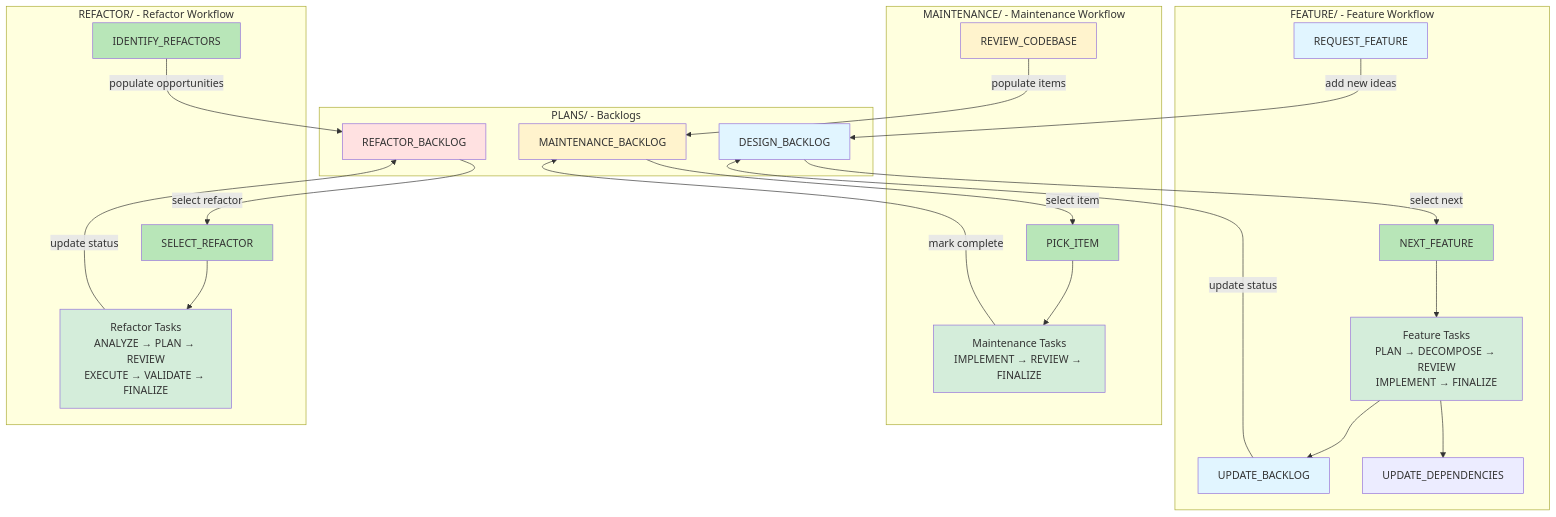
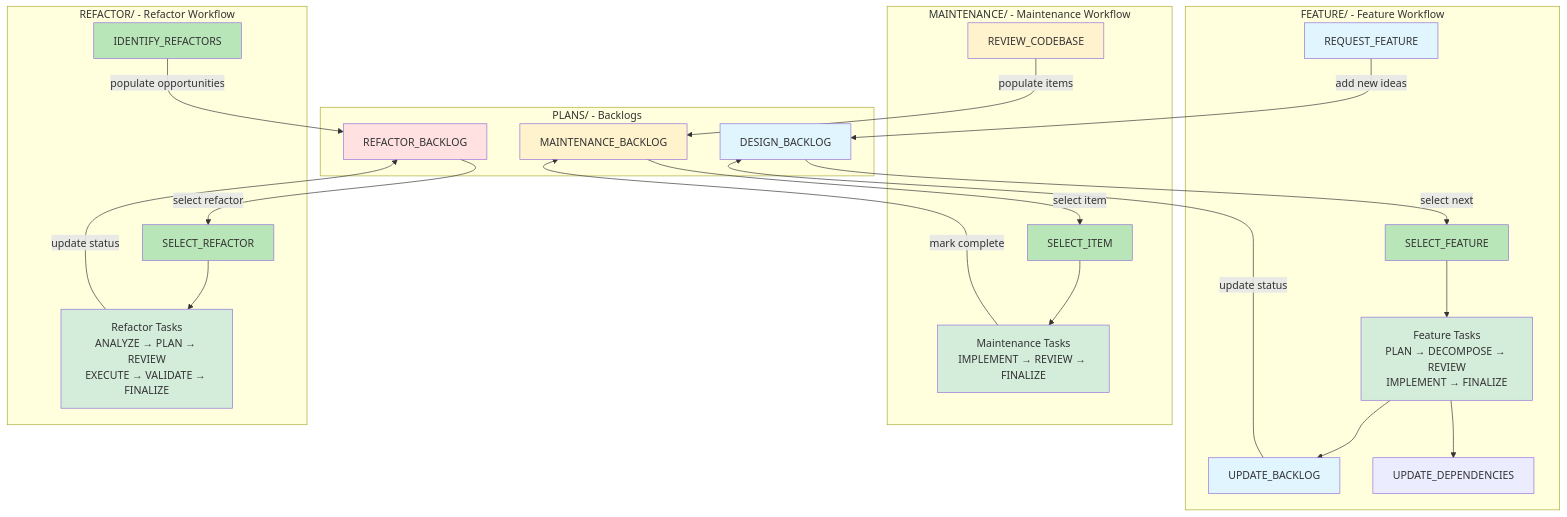
Before and after one commit to EvanLavender13/FrogLords: the diagram in TASKS/WORKFLOW.md, drawn with Mermaid. The commit also changed other lines of this file and 10 other files, not shown here.

````diff
--- a/TASKS/WORKFLOW.md
+++ b/TASKS/WORKFLOW.md
@@ -7,62 +7,62 @@
 ```mermaid
 graph TB
     subgraph Backlogs["PLANS/ - Backlogs"]
         DB[DESIGN_BACKLOG]
         MB[MAINTENANCE_BACKLOG]
         RB[REFACTOR_BACKLOG]
     end
 
     subgraph FeatureTasks["FEATURE/ - Feature Workflow"]
         RF[REQUEST_FEATURE]
-        NF[NEXT_FEATURE]
+        NF[SELECT_FEATURE]
         FW[Feature Tasks<br/>PLAN → DECOMPOSE → REVIEW<br/>IMPLEMENT → FINALIZE]
         UB[UPDATE_BACKLOG]
         UD[UPDATE_DEPENDENCIES]
     end
 
     subgraph MaintenanceTasks["MAINTENANCE/ - Maintenance Workflow"]
         RC[REVIEW_CODEBASE]
-        PI[PICK_ITEM]
+        PI[SELECT_ITEM]
         MW[Maintenance Tasks<br/>IMPLEMENT → REVIEW → FINALIZE]
     end
 
     subgraph RefactorTasks["REFACTOR/ - Refactor Workflow"]
         IR[IDENTIFY_REFACTORS]
         SR[SELECT_REFACTOR]
         RW[Refactor Tasks<br/>ANALYZE → PLAN → REVIEW<br/>EXECUTE → VALIDATE → FINALIZE]
     end
 
     %% Feature workflow flows
     RF -->|add new ideas| DB
     DB -->|select next| NF
     NF --> FW
     FW --> UB
     FW --> UD
     UB -->|update status| DB
 
     %% Maintenance workflow flows
     RC -->|populate items| MB
     MB -->|select item| PI
     PI --> MW
     MW -->|mark complete| MB
 
     %% Refactor workflow flows
     IR -->|populate opportunities| RB
     RB -->|select refactor| SR
     SR --> RW
     RW -->|update status| RB
 
     style DB fill:#e1f5ff
     style MB fill:#fff3cd
     style RB fill:#ffe1e1
     style FW fill:#d4edda
     style MW fill:#d4edda
     style RW fill:#d4edda
     style NF fill:#b8e6b8
     style PI fill:#b8e6b8
     style IR fill:#b8e6b8
     style SR fill:#b8e6b8
     style RF fill:#e1f5ff
     style RC fill:#fff3cd
     style UB fill:#e1f5ff
 ```
````
